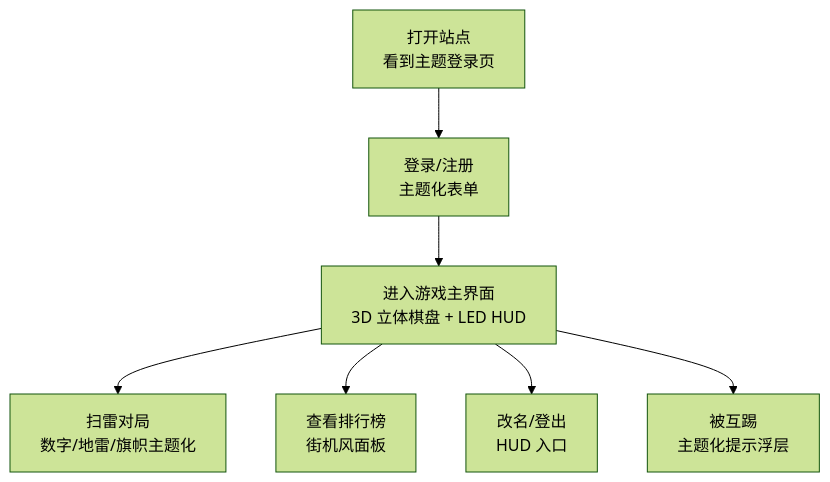
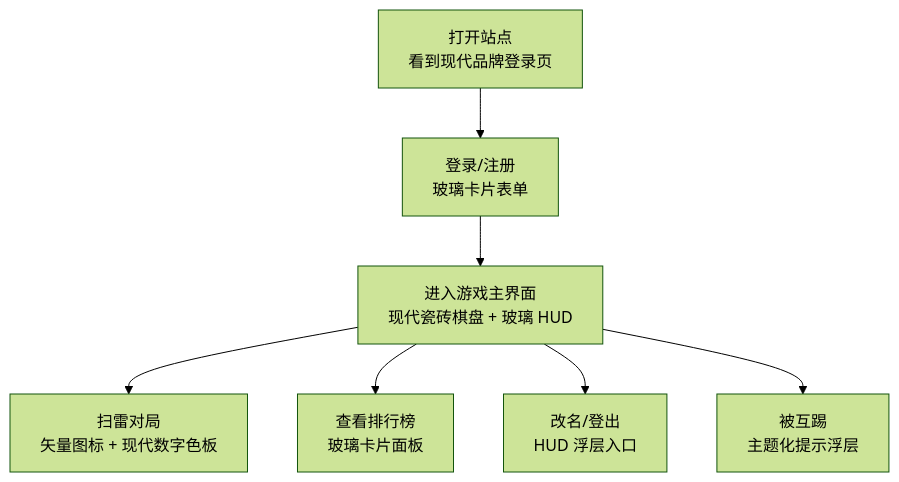
Before and after one commit to Deliay/minefield-online: the diagram in docs/product/draft/02-界面优化.md, drawn with Mermaid (forest theme). The commit also changed other lines of this file and 1 other file, not shown here.

````diff
--- a/docs/product/draft/02-界面优化.md
+++ b/docs/product/draft/02-界面优化.md
@@ -114,9 +114,9 @@
 ```mermaid
 graph TD
-    A[打开站点<br/>看到主题登录页] --> B[登录/注册<br/>主题化表单]
-    B --> C[进入游戏主界面<br/>3D 立体棋盘 + LED HUD]
-    C --> D[扫雷对局<br/>数字/地雷/旗帜主题化]
-    C --> E[查看排行榜<br/>街机风面板]
-    C --> F[改名/登出<br/>HUD 入口]
+    A[打开站点<br/>看到现代品牌登录页] --> B[登录/注册<br/>玻璃卡片表单]
+    B --> C[进入游戏主界面<br/>现代瓷砖棋盘 + 玻璃 HUD]
+    C --> D[扫雷对局<br/>矢量图标 + 现代数字色板]
+    C --> E[查看排行榜<br/>玻璃卡片面板]
+    C --> F[改名/登出<br/>HUD 浮层入口]
     C --> G[被互踢<br/>主题化提示浮层]
 ```
````
